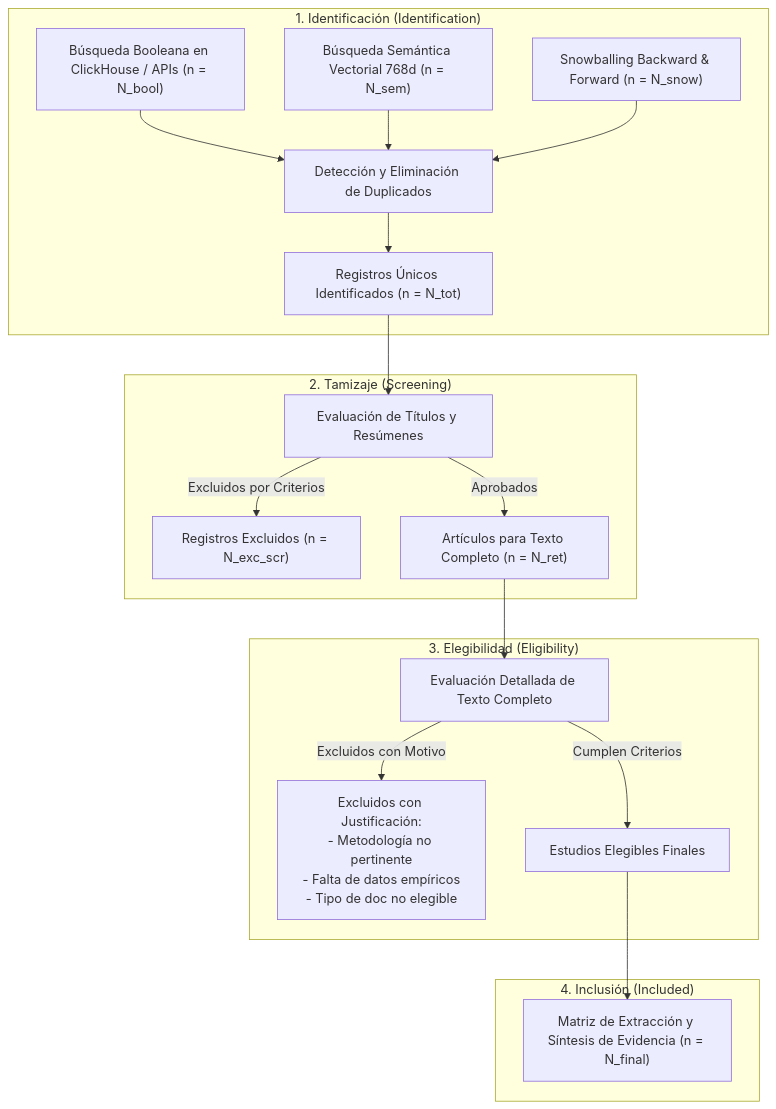
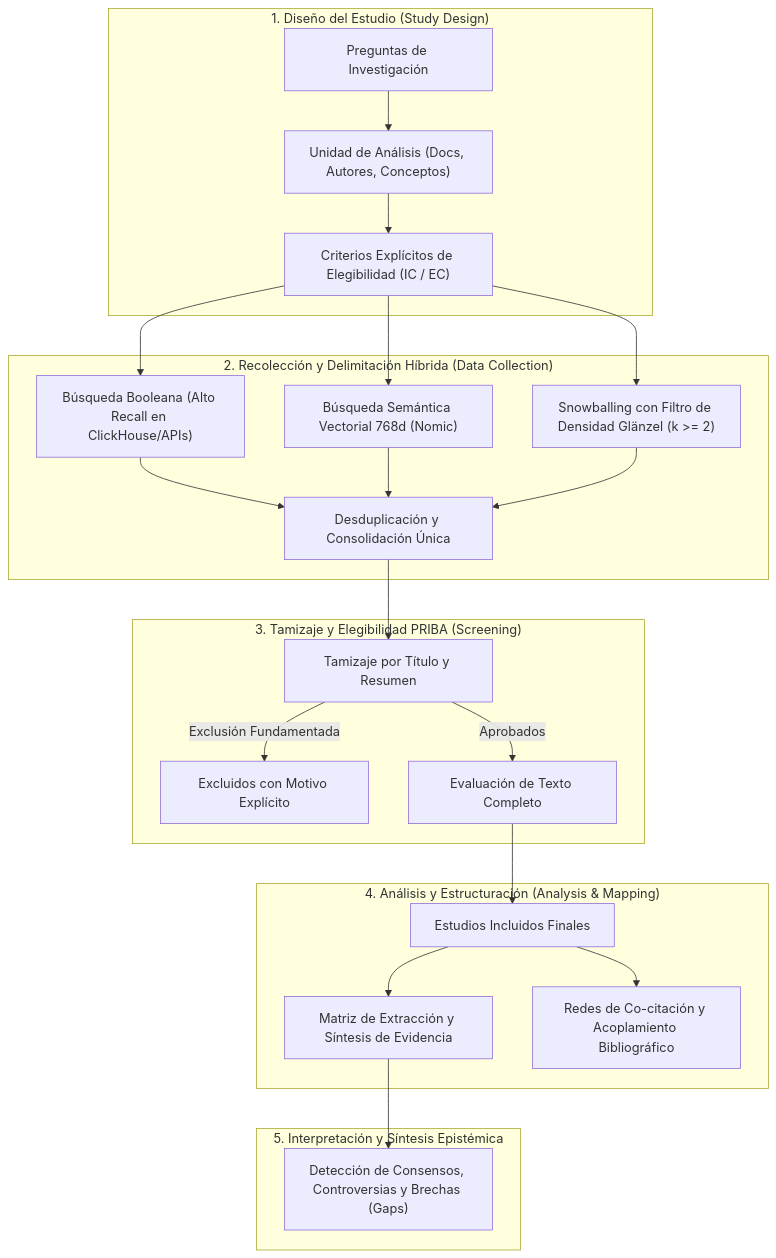
One commit to chilti/sos-mcp-services changed the first of 2 diagrams in .agents/skills/deep-literature-researcher/SKILL.md. Above: the diagram before and after it, drawn with Mermaid. The commit also changed other lines of this file and 6 other files, not shown here.

````diff
--- a/.agents/skills/deep-literature-researcher/SKILL.md
+++ b/.agents/skills/deep-literature-researcher/SKILL.md
@@ -18,26 +18,30 @@
 ```mermaid
 flowchart TD
-    subgraph Fase1 ["1. Identificación (Identification)"]
-        A1["Búsqueda Booleana en ClickHouse / APIs (n = N_bool)"]
-        A2["Búsqueda Semántica Vectorial 768d (n = N_sem)"]
-        A3["Snowballing Backward & Forward (n = N_snow)"]
-        A1 & A2 & A3 --> DUP["Detección y Eliminación de Duplicados"]
-        DUP --> TOT["Registros Únicos Identificados (n = N_tot)"]
+    subgraph Fase1 ["1. Diseño del Estudio (Study Design)"]
+        D1["Preguntas de Investigación"] --> D2["Unidad de Análisis (Docs, Autores, Conceptos)"]
+        D2 --> D3["Criterios Explícitos de Elegibilidad (IC / EC)"]
     end
 
-    subgraph Fase2 ["2. Tamizaje (Screening)"]
-        TOT --> SCR["Evaluación de Títulos y Resúmenes"]
-        SCR -->|Excluidos por Criterios| EXC_SCR["Registros Excluidos (n = N_exc_scr)"]
-        SCR -->|Aprobados| RET["Artículos para Texto Completo (n = N_ret)"]
+    subgraph Fase2 ["2. Recolección y Delimitación Híbrida (Data Collection)"]
+        D3 --> H1["Búsqueda Booleana (Alto Recall en ClickHouse/APIs)"]
+        D3 --> H2["Búsqueda Semántica Vectorial 768d (Nomic)"]
+        D3 --> H3["Snowballing con Filtro de Densidad Glänzel (k >= 2)"]
+        H1 & H2 & H3 --> DUP["Desduplicación y Consolidación Única"]
     end
 
-    subgraph Fase3 ["3. Elegibilidad (Eligibility)"]
-        RET --> ELIG["Evaluación Detallada de Texto Completo"]
-        ELIG -->|Excluidos con Motivo| EXC_FULL["Excluidos con Justificación:\n- Metodología no pertinente\n- Falta de datos empíricos\n- Tipo de doc no elegible"]
-        ELIG -->|Cumplen Criterios| INC["Estudios Elegibles Finales"]
+    subgraph Fase3 ["3. Tamizaje y Elegibilidad PRIBA (Screening)"]
+        DUP --> SCR["Tamizaje por Título y Resumen"]
+        SCR -->|Exclusión Fundamentada| EXC["Excluidos con Motivo Explícito"]
+        SCR -->|Aprobados| FULL["Evaluación de Texto Completo"]
     end
 
-    subgraph Fase4 ["4. Inclusión (Included)"]
-        INC --> SYN["Matriz de Extracción y Síntesis de Evidencia (n = N_final)"]
+    subgraph Fase4 ["4. Análisis y Estructuración (Analysis & Mapping)"]
+        FULL --> INC["Estudios Incluidos Finales"]
+        INC --> SYN["Matriz de Extracción y Síntesis de Evidencia"]
+        INC --> NET["Redes de Co-citación y Acoplamiento Bibliográfico"]
+    end
+
+    subgraph Fase5 ["5. Interpretación y Síntesis Epistémica"]
+        SYN --> GAP["Detección de Consensos, Controversias y Brechas (Gaps)"]
     end
 ```
````
